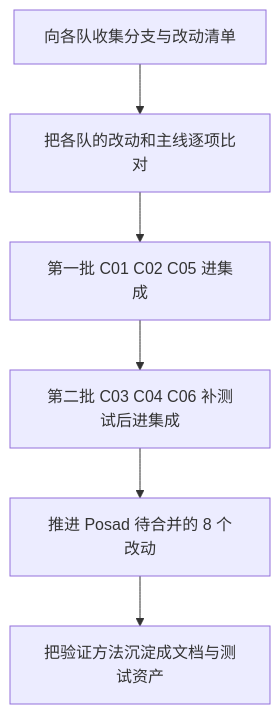
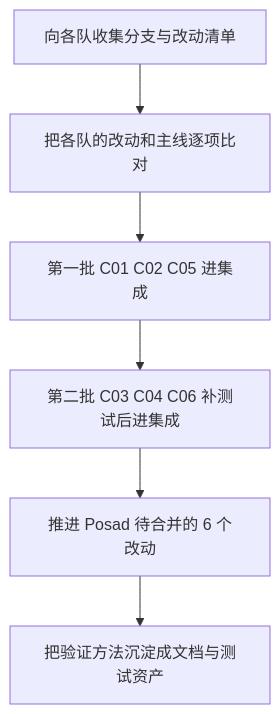
Before and after one commit to BattiestStone4/tgoskits: the diagram in docs/docs/runtime/proj4/proj4-summary.md, drawn with Mermaid. The commit also changed other lines of this file, not shown here.

````diff
--- a/docs/docs/runtime/proj4/proj4-summary.md
+++ b/docs/docs/runtime/proj4/proj4-summary.md
@@ -306,8 +315,8 @@
 ```mermaid
 flowchart TD
   A[向各队收集分支与改动清单] --> B[把各队的改动和主线逐项比对]
   B --> C[第一批 C01 C02 C05 进集成]
   C --> D[第二批 C03 C04 C06 补测试后进集成]
-  D --> E[推进 Posad 待合并的 8 个改动]
+  D --> E[推进 Posad 待合并的 6 个改动]
   E --> F[把验证方法沉淀成文档与测试资产]
 ```
````
